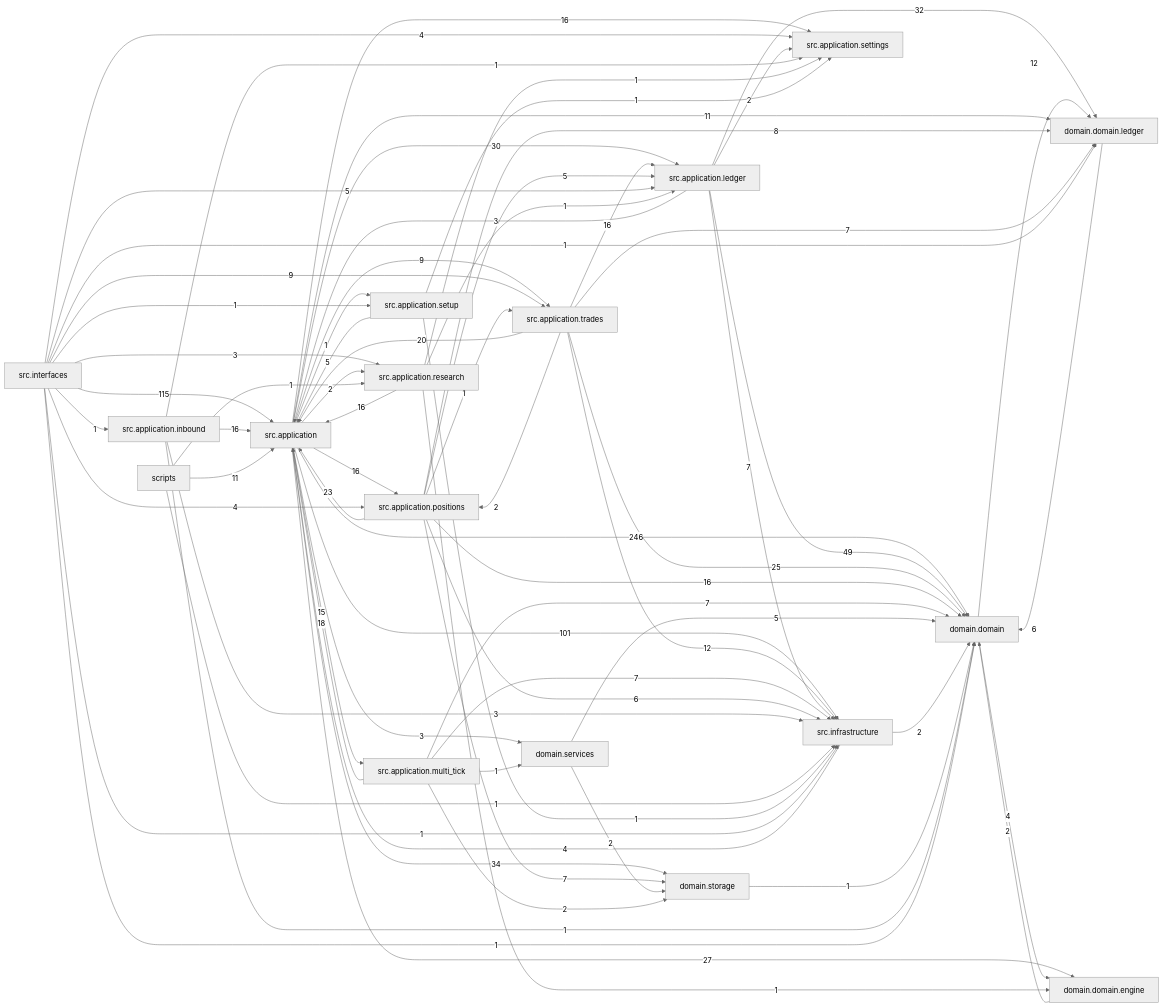
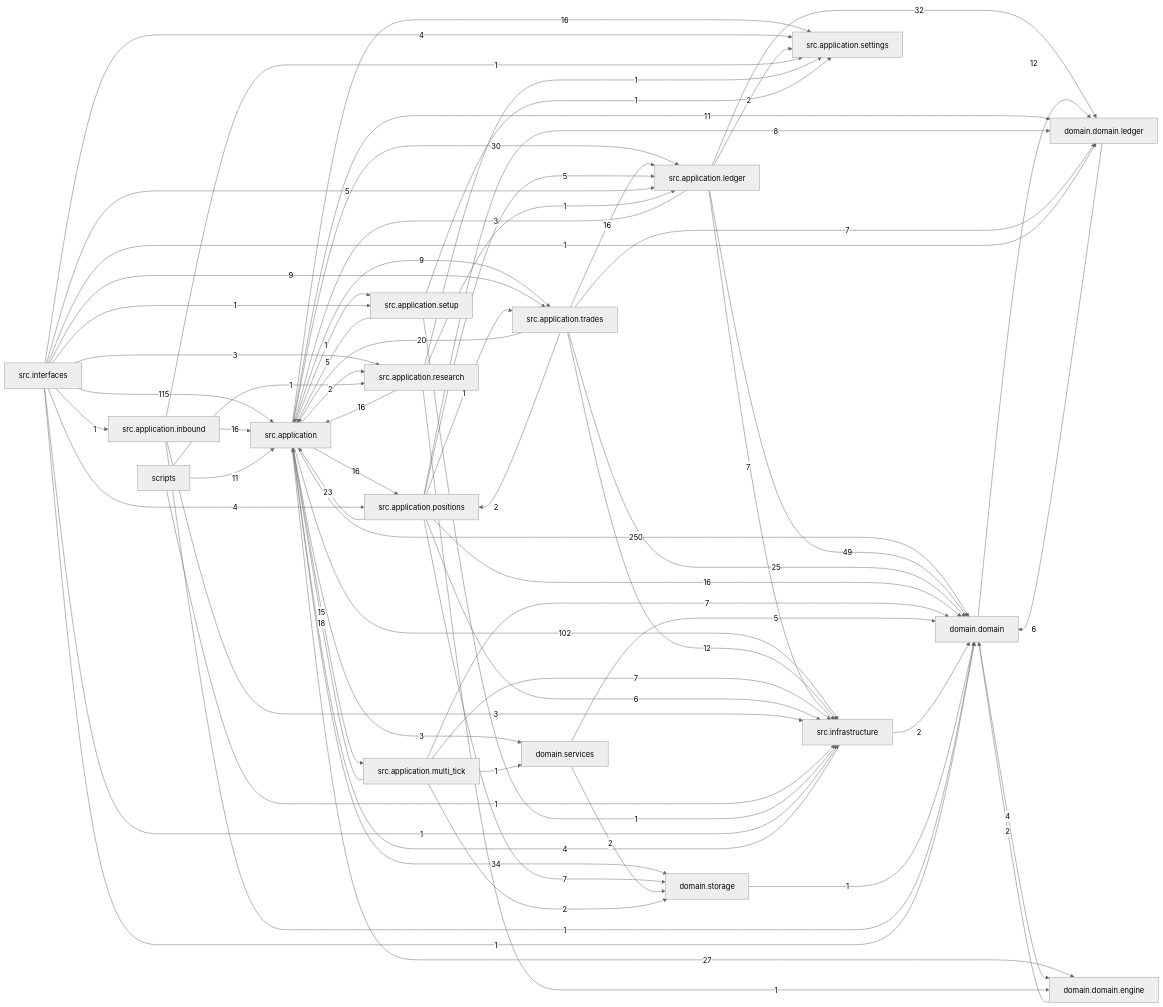
One commit to liuxie066/options-monitor changed the diagram in docs/dependency_graph.mmd. Above: the diagram before and after it, drawn with Mermaid (neutral theme). The commit also changed 11 other files, not shown here.

```diff
--- a/docs/dependency_graph.mmd
+++ b/docs/dependency_graph.mmd
@@ -1,71 +1,71 @@
 flowchart LR
-  src_application["src.application"] -->|246| domain_domain["domain.domain"]
+  src_application["src.application"] -->|250| domain_domain["domain.domain"]
   src_interfaces["src.interfaces"] -->|115| src_application["src.application"]
-  src_application["src.application"] -->|101| src_infrastructure["src.infrastructure"]
+  src_application["src.application"] -->|102| src_infrastructure["src.infrastructure"]
   src_application_ledger["src.application.ledger"] -->|49| domain_domain["domain.domain"]
   src_application["src.application"] -->|34| domain_storage["domain.storage"]
   src_application_ledger["src.application.ledger"] -->|32| domain_domain_ledger["domain.domain.ledger"]
   src_application["src.application"] -->|30| src_application_ledger["src.application.ledger"]
   src_application["src.application"] -->|27| domain_domain_engine["domain.domain.engine"]
   src_application_trades["src.application.trades"] -->|25| domain_domain["domain.domain"]
   src_application_positions["src.application.positions"] -->|23| src_application["src.application"]
   src_application_trades["src.application.trades"] -->|20| src_application["src.application"]
   src_application_multi_tick["src.application.multi_tick"] -->|18| src_application["src.application"]
   src_application["src.application"] -->|16| src_application_positions["src.application.positions"]
   src_application["src.application"] -->|16| src_application_settings["src.application.settings"]
   src_application_inbound["src.application.inbound"] -->|16| src_application["src.application"]
   src_application_positions["src.application.positions"] -->|16| domain_domain["domain.domain"]
   src_application_research["src.application.research"] -->|16| src_application["src.application"]
   src_application_trades["src.application.trades"] -->|16| src_application_ledger["src.application.ledger"]
   src_application["src.application"] -->|15| src_application_multi_tick["src.application.multi_tick"]
   domain_domain["domain.domain"] -->|12| domain_domain_ledger["domain.domain.ledger"]
   src_application_trades["src.application.trades"] -->|12| src_infrastructure["src.infrastructure"]
   scripts["scripts"] -->|11| src_application["src.application"]
   src_application["src.application"] -->|11| domain_domain_ledger["domain.domain.ledger"]
   src_application["src.application"] -->|9| src_application_trades["src.application.trades"]
   src_interfaces["src.interfaces"] -->|9| src_application_trades["src.application.trades"]
   src_application_positions["src.application.positions"] -->|8| domain_domain_ledger["domain.domain.ledger"]
   src_application_ledger["src.application.ledger"] -->|7| src_infrastructure["src.infrastructure"]
   src_application_multi_tick["src.application.multi_tick"] -->|7| domain_domain["domain.domain"]
   src_application_multi_tick["src.application.multi_tick"] -->|7| src_infrastructure["src.infrastructure"]
   src_application_positions["src.application.positions"] -->|7| domain_storage["domain.storage"]
   src_application_trades["src.application.trades"] -->|7| domain_domain_ledger["domain.domain.ledger"]
   domain_domain_ledger["domain.domain.ledger"] -->|6| domain_domain["domain.domain"]
   src_application_positions["src.application.positions"] -->|6| src_infrastructure["src.infrastructure"]
   domain_services["domain.services"] -->|5| domain_domain["domain.domain"]
   src_application_positions["src.application.positions"] -->|5| src_application_ledger["src.application.ledger"]
   src_application_setup["src.application.setup"] -->|5| src_application["src.application"]
   src_interfaces["src.interfaces"] -->|5| src_application_ledger["src.application.ledger"]
   domain_domain["domain.domain"] -->|4| domain_domain_engine["domain.domain.engine"]
   src_infrastructure["src.infrastructure"] -->|4| src_application["src.application"]
   src_interfaces["src.interfaces"] -->|4| src_application_positions["src.application.positions"]
   src_interfaces["src.interfaces"] -->|4| src_application_settings["src.application.settings"]
   src_application["src.application"] -->|3| domain_services["domain.services"]
   src_application_inbound["src.application.inbound"] -->|3| src_infrastructure["src.infrastructure"]
   src_application_ledger["src.application.ledger"] -->|3| src_application["src.application"]
   src_interfaces["src.interfaces"] -->|3| src_application_research["src.application.research"]
   domain_domain_engine["domain.domain.engine"] -->|2| domain_domain["domain.domain"]
   domain_services["domain.services"] -->|2| domain_storage["domain.storage"]
   src_application["src.application"] -->|2| src_application_research["src.application.research"]
   src_application_ledger["src.application.ledger"] -->|2| src_application_settings["src.application.settings"]
   src_application_multi_tick["src.application.multi_tick"] -->|2| domain_storage["domain.storage"]
   src_application_trades["src.application.trades"] -->|2| src_application_positions["src.application.positions"]
   src_infrastructure["src.infrastructure"] -->|2| domain_domain["domain.domain"]
   domain_storage["domain.storage"] -->|1| domain_domain["domain.domain"]
   scripts["scripts"] -->|1| src_application_research["src.application.research"]
   scripts["scripts"] -->|1| src_infrastructure["src.infrastructure"]
   src_application["src.application"] -->|1| src_application_setup["src.application.setup"]
   src_application_inbound["src.application.inbound"] -->|1| domain_domain["domain.domain"]
   src_application_inbound["src.application.inbound"] -->|1| src_application_settings["src.application.settings"]
   src_application_multi_tick["src.application.multi_tick"] -->|1| domain_services["domain.services"]
   src_application_positions["src.application.positions"] -->|1| src_application_trades["src.application.trades"]
   src_application_research["src.application.research"] -->|1| domain_domain_engine["domain.domain.engine"]
   src_application_research["src.application.research"] -->|1| src_application_ledger["src.application.ledger"]
   src_application_research["src.application.research"] -->|1| src_application_settings["src.application.settings"]
   src_application_setup["src.application.setup"] -->|1| src_application_settings["src.application.settings"]
   src_application_setup["src.application.setup"] -->|1| src_infrastructure["src.infrastructure"]
   src_interfaces["src.interfaces"] -->|1| domain_domain["domain.domain"]
   src_interfaces["src.interfaces"] -->|1| domain_domain_ledger["domain.domain.ledger"]
   src_interfaces["src.interfaces"] -->|1| src_application_inbound["src.application.inbound"]
   src_interfaces["src.interfaces"] -->|1| src_application_setup["src.application.setup"]
   src_interfaces["src.interfaces"] -->|1| src_infrastructure["src.infrastructure"]
```
